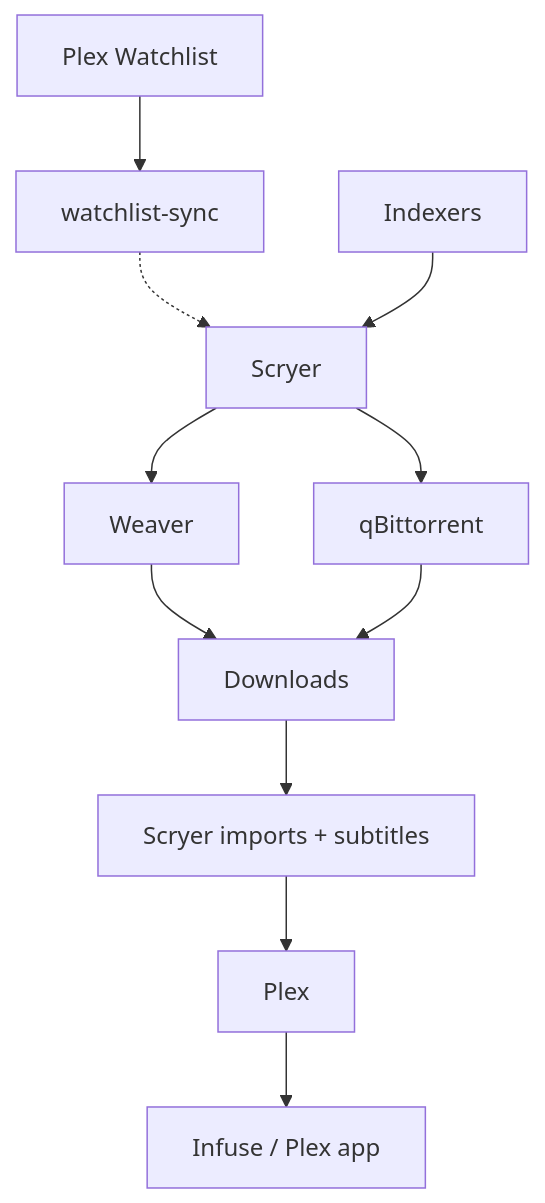
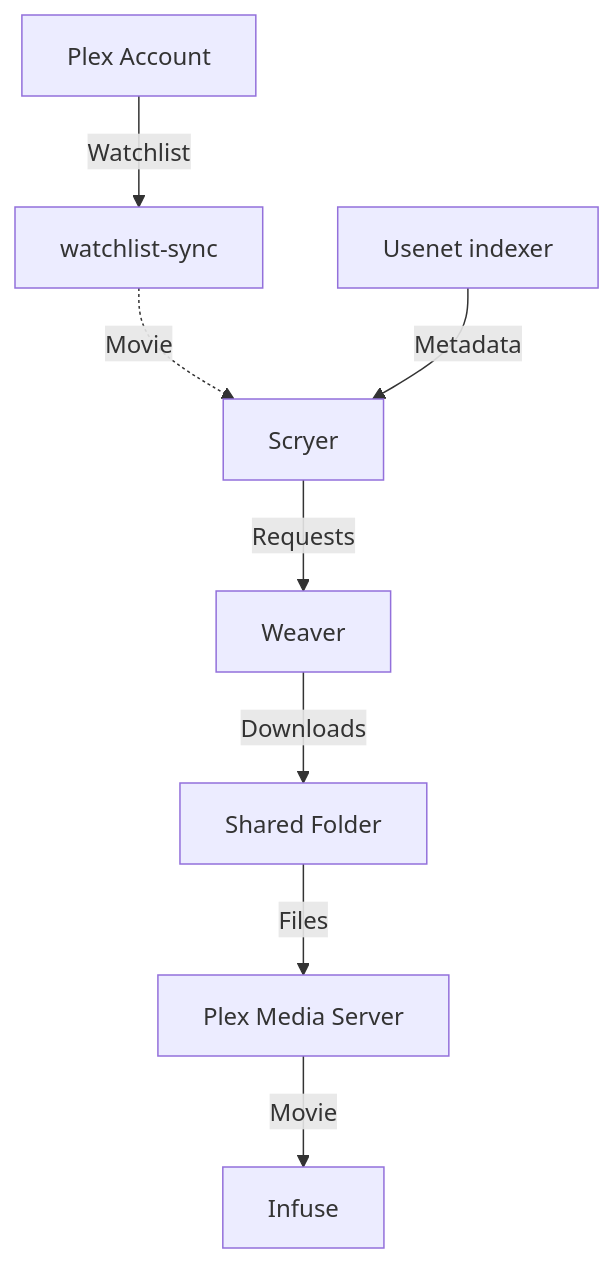
One commit to mohdfareed/machine changed the diagram in machines/homelab/docker/media/README.md. Above: the diagram before and after it, drawn with Mermaid. The commit also changed other lines of this file and 7 other files, not shown here.

````diff
--- a/machines/homelab/docker/media/README.md
+++ b/machines/homelab/docker/media/README.md
@@ -6,13 +24,11 @@
 ```mermaid
 flowchart TD
-    Watchlist["Plex Watchlist"] --> Sync["watchlist-sync"]
-    Sync -.-> Scryer
-    Indexers --> Scryer
-    Scryer --> Weaver
-    Scryer --> qBittorrent
-    Weaver --> Downloads["Downloads"]
-    qBittorrent --> Downloads
-    Downloads --> Import["Scryer imports + subtitles"]
-    Import --> Plex
-    Plex --> Infuse["Infuse / Plex app"]
+    Plex["Plex Account"] -->|Watchlist| Sync["watchlist-sync"]
+    Sync -.->|Movie| Scryer
+    Indexers["Usenet indexer"] -->|Metadata| Scryer
+    Scryer -->|Requests| Weaver
+
+    Weaver -->|Downloads| Import["Shared Folder"]
+    Import -->|Files| PlexServer["Plex Media Server"]
+    PlexServer -->|Movie| Infuse["Infuse"]
 ```
````
